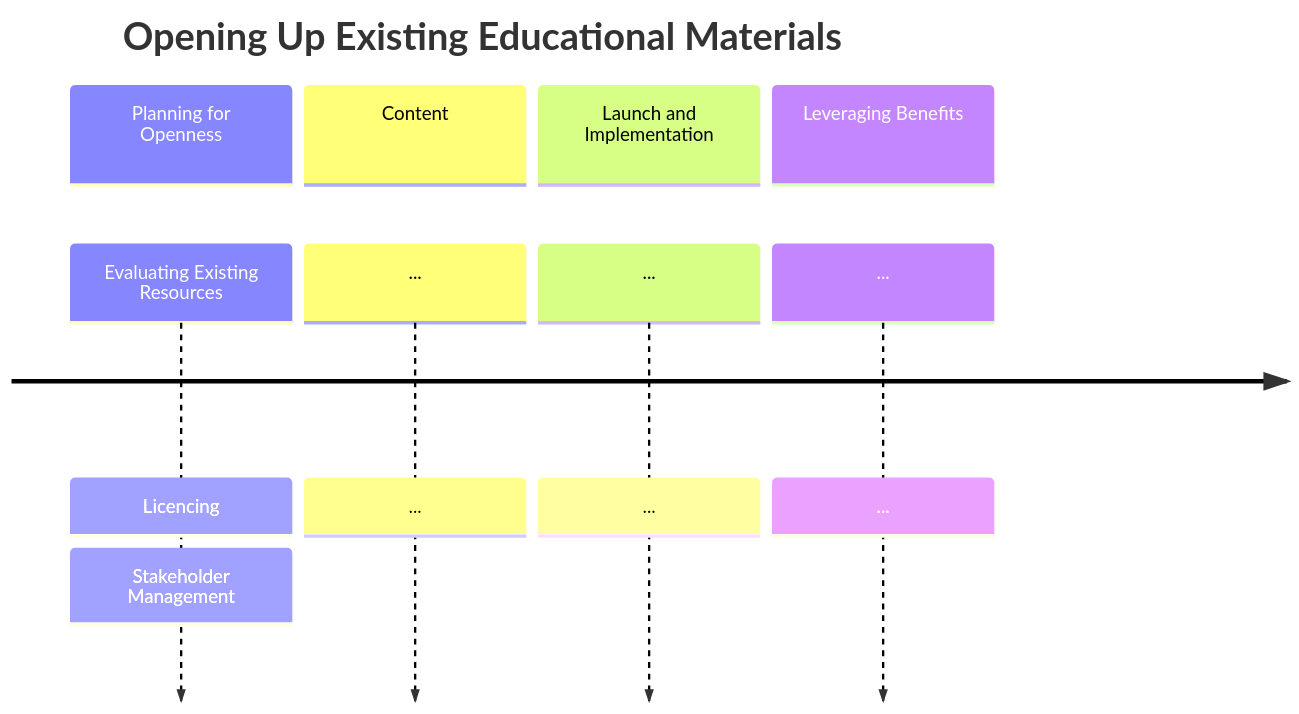
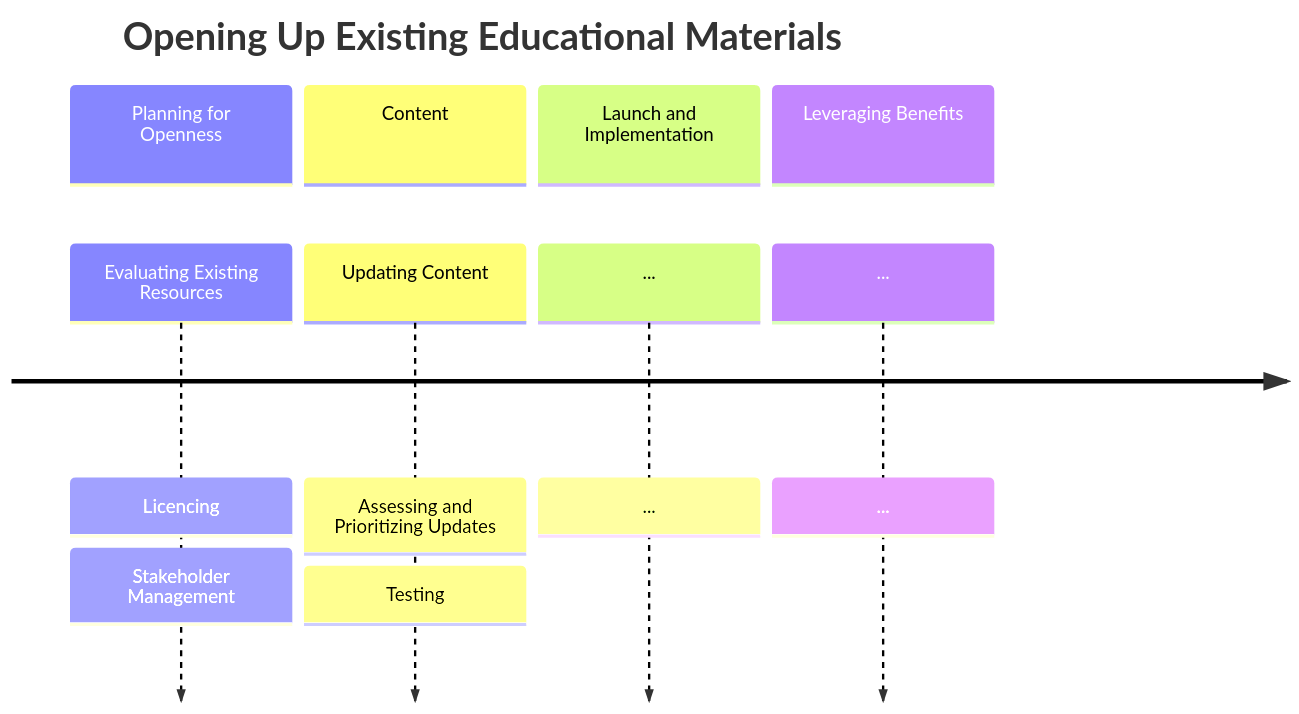
The second of 3 diagrams in content.qmd (gerkovink/openeducationbook), drawn with Mermaid before and after one commit. The commit also changed other lines of this file and 11 other files, not shown here.

````diff
--- a/content.qmd
+++ b/content.qmd
@@ -135,18 +135,19 @@
 ```{mermaid}
 %%| fig-cap: Mapping the actions that need to be taken to make resources open retrospectively. Here the actions for the evaluating existing resources stage are added to this map.
 %%| label: fig-making_it_open3
 
 timeline
   title Opening Up Existing Educational Materials
   section Planning for Openness
     Evaluating Existing Resources : Licencing
                             : Stakeholder Management
   section Content
-    ... : ...
+    Updating Content : Assessing and Prioritizing Updates
+                     : Testing
   section Launch and Implementation
     ... : ...
   section Leveraging Benefits
     ... : ...
    
 
 ```
````
